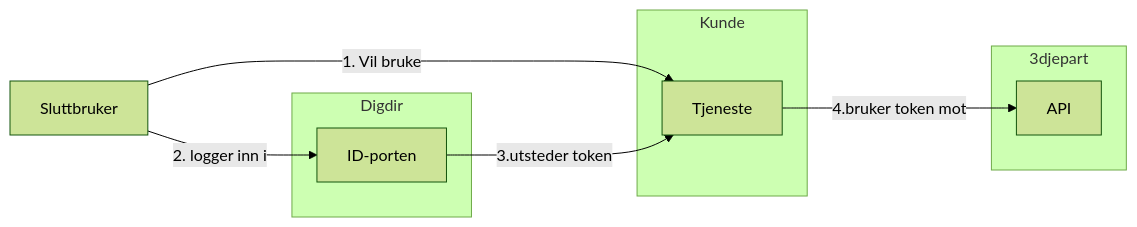
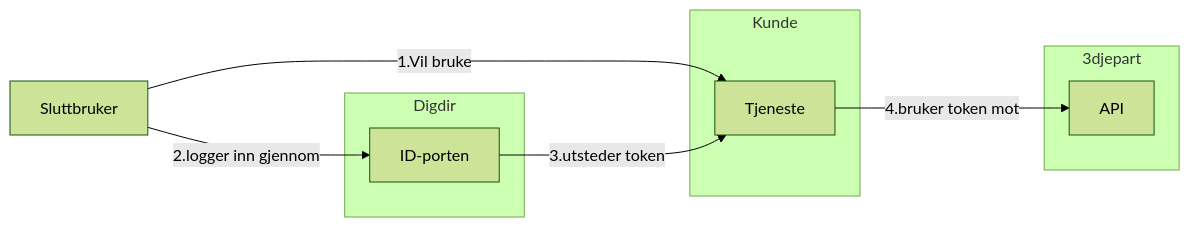
One commit to felleslosninger/docs changed the first of 2 diagrams in _docs/idporten/oidc/oidc_auth_oauth2.md. Above: the diagram before and after it, drawn with Mermaid (forest theme).

```diff
--- a/_docs/idporten/oidc/oidc_auth_oauth2.md
+++ b/_docs/idporten/oidc/oidc_auth_oauth2.md
@@ -17,16 +17,16 @@
  <div class="mermaid">
  graph LR
    subgraph 3djepart
      API
    end
    subgraph Digdir
      OIDC[ID-porten]
    end
    subgraph Kunde
       ny[Tjeneste]
    end
-   Sluttbruker -->|1. Vil bruke|ny
+   Sluttbruker -->|1.Vil bruke|ny
    OIDC -->|3.utsteder token|ny
-   Sluttbruker -->|2. logger inn i  |OIDC
+   Sluttbruker -->|2.logger inn gjennom |OIDC
    ny -->|4.bruker token mot|API
  </div>
```
